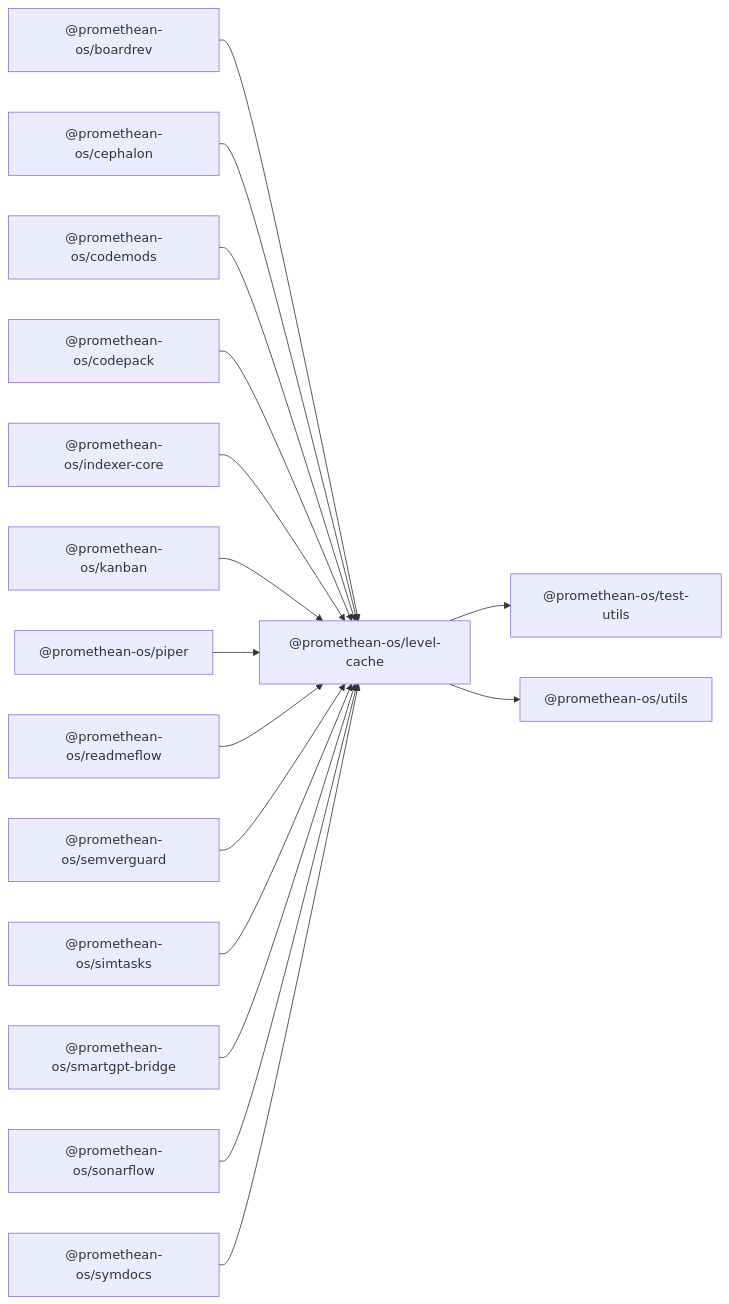
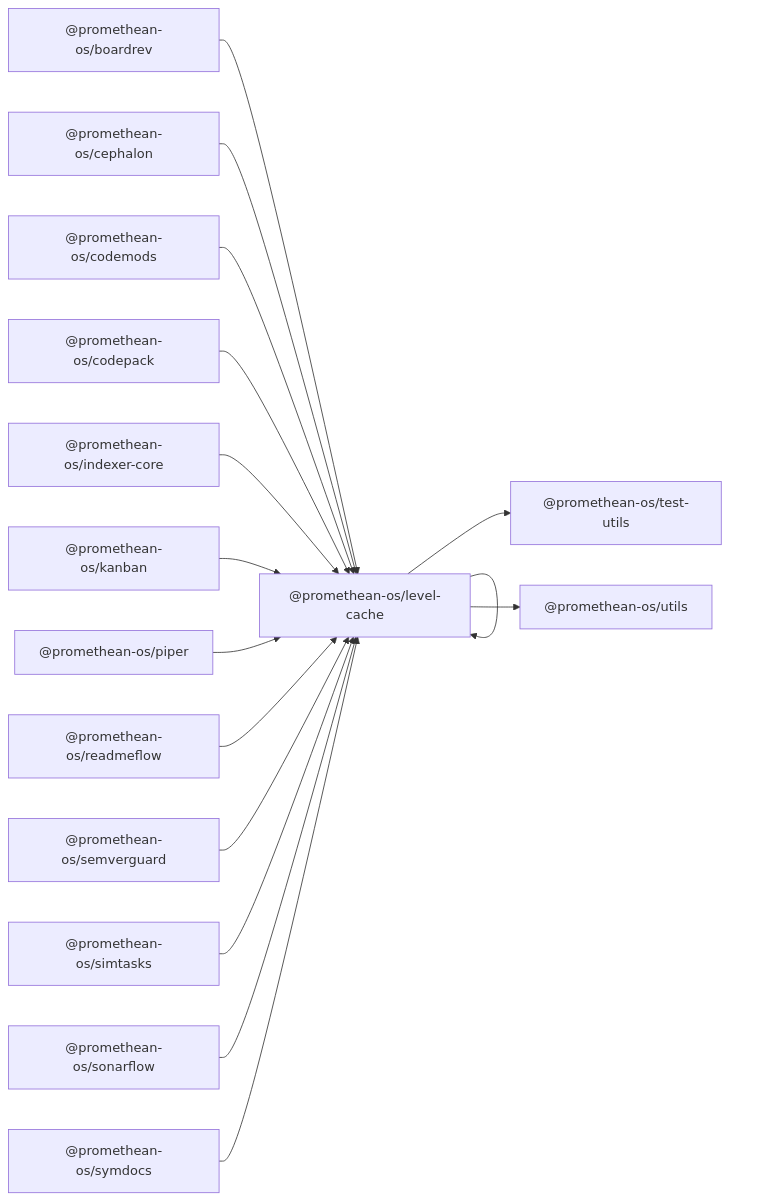
The diagram in docs.github/packages/level-cache/README.md (octave-commons/promethean), drawn with Mermaid before and after one commit. The commit also changed other lines of this file and 8 other files, not shown here.

First line of the commit message:
docs: remove smartgpt-bridge references from package READMEs

````diff
--- a/docs.github/packages/level-cache/README.md
+++ b/docs.github/packages/level-cache/README.md
@@ -14,49 +14,49 @@
 ```mermaid
 graph LR
   A["@promethean-os/level-cache"]
   D1["@promethean-os/test-utils"]
   D2["@promethean-os/utils"]
   R1["@promethean-os/boardrev"]
   R2["@promethean-os/cephalon"]
   R3["@promethean-os/codemods"]
   R4["@promethean-os/codepack"]
   R5["@promethean-os/indexer-core"]
   R6["@promethean-os/kanban"]
   R7["@promethean-os/piper"]
   R8["@promethean-os/readmeflow"]
   R9["@promethean-os/semverguard"]
   R10["@promethean-os/simtasks"]
-  R11["@promethean-os/smartgpt-bridge"]
+  
   R12["@promethean-os/sonarflow"]
   R13["@promethean-os/symdocs"]
   A --> D1["@promethean-os/test-utils"]
   A --> D2["@promethean-os/utils"]
   R1["@promethean-os/boardrev"] --> A
   R2["@promethean-os/cephalon"] --> A
   R3["@promethean-os/codemods"] --> A
   R4["@promethean-os/codepack"] --> A
   R5["@promethean-os/indexer-core"] --> A
   R6["@promethean-os/kanban"] --> A
   R7["@promethean-os/piper"] --> A
   R8["@promethean-os/readmeflow"] --> A
   R9["@promethean-os/semverguard"] --> A
   R10["@promethean-os/simtasks"] --> A
-  R11["@promethean-os/smartgpt-bridge"] --> A
+   --> A
   R12["@promethean-os/sonarflow"] --> A
   R13["@promethean-os/symdocs"] --> A
   click D1 "../test-utils/README.md" "@promethean-os/test-utils"
   click D2 "../utils/README.md" "@promethean-os/utils"
   click R1 "../boardrev/README.md" "@promethean-os/boardrev"
   click R2 "../cephalon/README.md" "@promethean-os/cephalon"
   click R3 "../codemods/README.md" "@promethean-os/codemods"
   click R4 "../codepack/README.md" "@promethean-os/codepack"
   click R5 "../indexer-core/README.md" "@promethean-os/indexer-core"
   click R6 "../kanban/README.md" "@promethean-os/kanban"
   click R7 "../piper/README.md" "@promethean-os/piper"
   click R8 "../readmeflow/README.md" "@promethean-os/readmeflow"
   click R9 "../semverguard/README.md" "@promethean-os/semverguard"
   click R10 "../simtask/README.md" "@promethean-os/simtasks"
-  click R11 "../smartgpt-bridge/README.md" "@promethean-os/smartgpt-bridge"
+  
   click R12 "../sonarflow/README.md" "@promethean-os/sonarflow"
   click R13 "../symdocs/README.md" "@promethean-os/symdocs"
 ```
````
